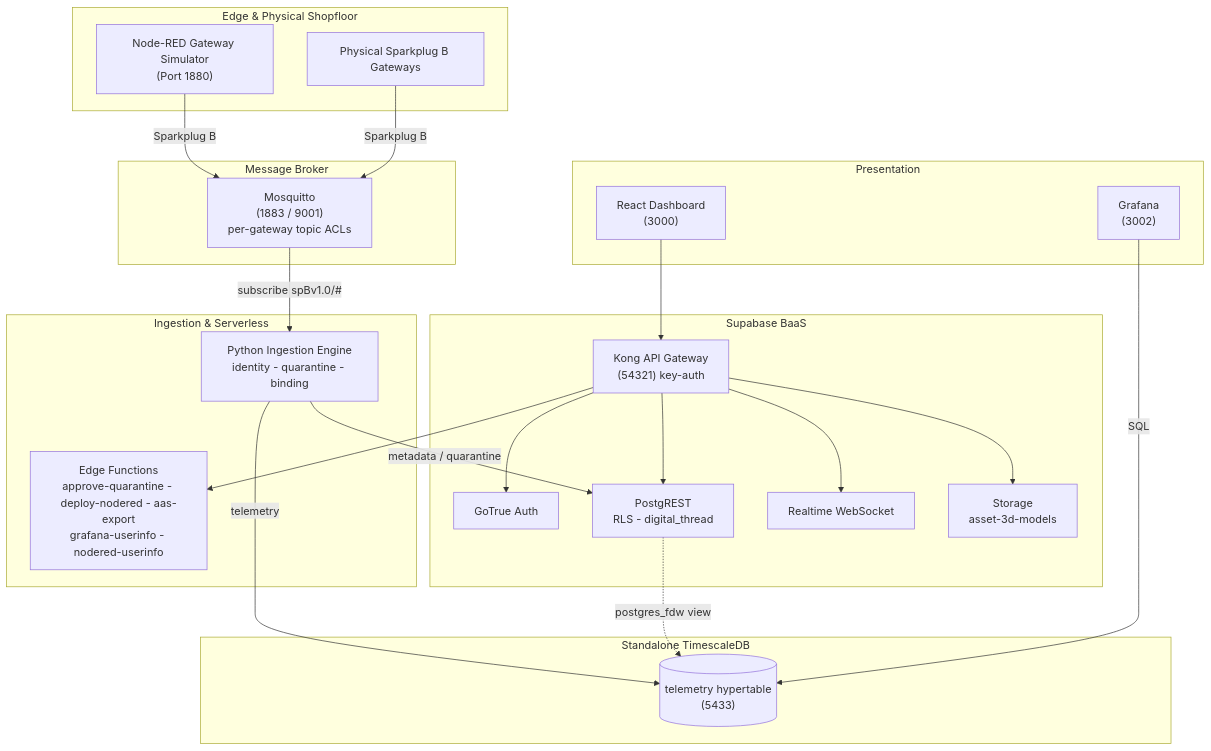
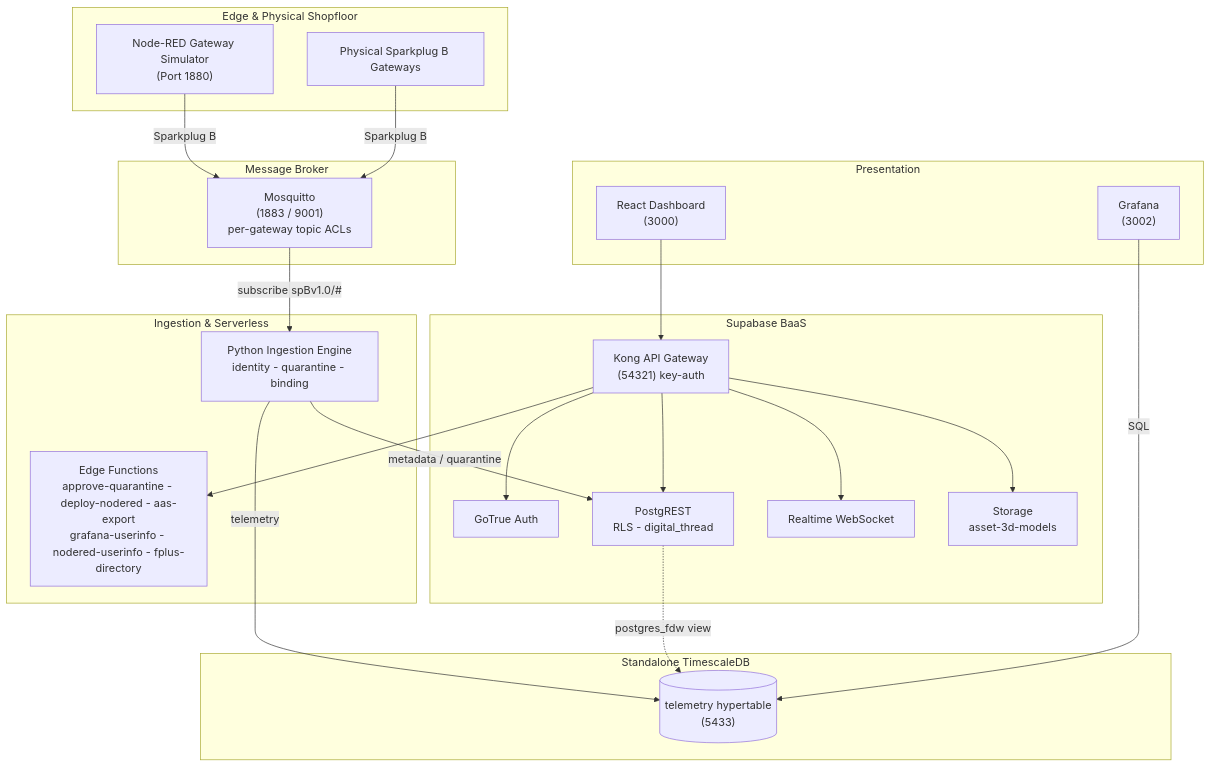
Before and after one commit to Harri-Llewelyn/Aber: the diagram in README.md, drawn with Mermaid. The commit also changed other lines of this file and 32 other files, not shown here.

````diff
--- a/README.md
+++ b/README.md
@@ -41,47 +41,47 @@
 ```mermaid
 flowchart TB
     subgraph Edge ["Edge & Physical Shopfloor"]
         NR["Node-RED Gateway Simulator<br/>(Port 1880)"]
         DEV["Physical Sparkplug B Gateways"]
     end
 
     subgraph Messaging ["Message Broker"]
         MQTT["Mosquitto<br/>(1883 / 9001)<br/>per-gateway topic ACLs"]
     end
 
     subgraph Processing ["Ingestion & Serverless"]
         ING["Python Ingestion Engine<br/>identity - quarantine - binding"]
-        EF["Edge Functions<br/>approve-quarantine - deploy-nodered - aas-export<br/>grafana-userinfo - nodered-userinfo"]
+        EF["Edge Functions<br/>approve-quarantine - deploy-nodered - aas-export<br/>grafana-userinfo - nodered-userinfo - fplus-directory"]
     end
 
     subgraph Supabase ["Supabase BaaS"]
         KONG["Kong API Gateway<br/>(54321) key-auth"]
         AUTH["GoTrue Auth"]
         PGRST["PostgREST<br/>RLS - digital_thread"]
         RT["Realtime WebSocket"]
         STO["Storage<br/>asset-3d-models"]
     end
 
     subgraph TSDB ["Standalone TimescaleDB"]
         TS[("telemetry hypertable<br/>(5433)")]
     end
 
     subgraph UX ["Presentation"]
         UI["React Dashboard<br/>(3000)"]
         GRAF["Grafana<br/>(3002)"]
     end
 
     NR -->|Sparkplug B| MQTT
     DEV -->|Sparkplug B| MQTT
     MQTT -->|subscribe spBv1.0/#| ING
     ING -->|metadata / quarantine| PGRST
     ING -->|telemetry| TS
     UI --> KONG
     KONG --> AUTH
     KONG --> PGRST
     KONG --> RT
     KONG --> STO
     KONG --> EF
     PGRST -.->|postgres_fdw view| TS
     GRAF -->|SQL| TS
 ```
````
